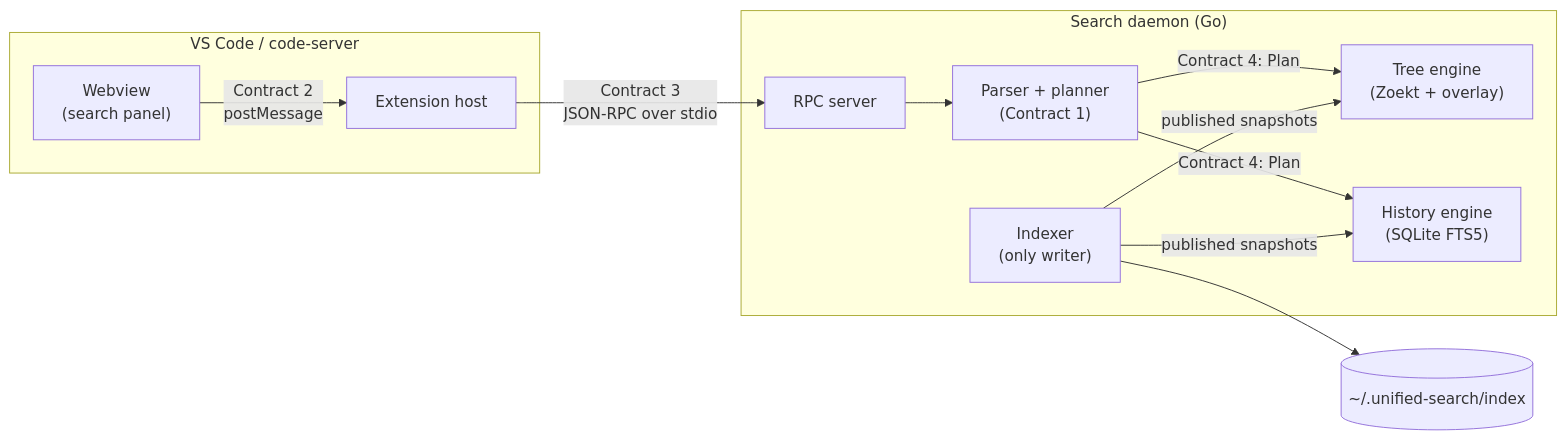
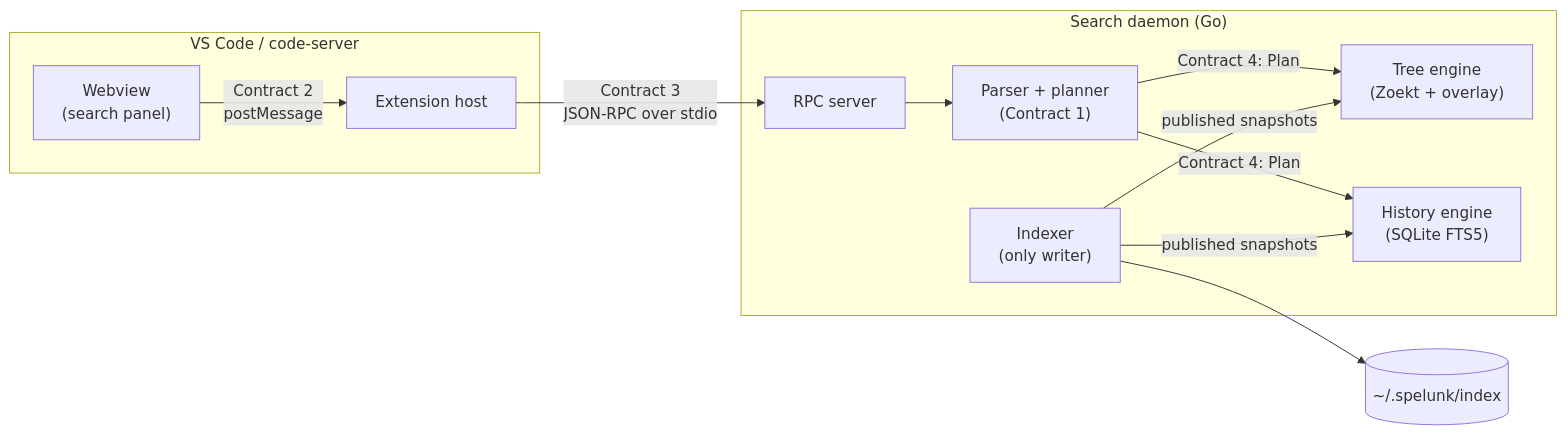
Before and after one commit to cruisinme30/spelunk: the diagram in docs/dev/implementation-plan.md, drawn with Mermaid. The commit also changed other lines of this file and 122 other files, not shown here.

````diff
--- a/docs/dev/implementation-plan.md
+++ b/docs/dev/implementation-plan.md
@@ -40,15 +40,15 @@
 ```mermaid
 flowchart LR
   subgraph VSCode["VS Code / code-server"]
     WV["Webview<br/>(search panel)"] -- "Contract 2<br/>postMessage" --> EH["Extension host"]
   end
   EH -- "Contract 3<br/>JSON-RPC over stdio" --> RPC
   subgraph Daemon["Search daemon (Go)"]
     RPC["RPC server"] --> PL["Parser + planner<br/>(Contract 1)"]
     PL -- "Contract 4: Plan" --> TE["Tree engine<br/>(Zoekt + overlay)"]
     PL -- "Contract 4: Plan" --> HE["History engine<br/>(SQLite FTS5)"]
     IX["Indexer<br/>(only writer)"] -- "published snapshots" --> TE
     IX -- "published snapshots" --> HE
   end
-  IX --> DISK[("~/.unified-search/index")]
+  IX --> DISK[("~/.spelunk/index")]
 ```
````
